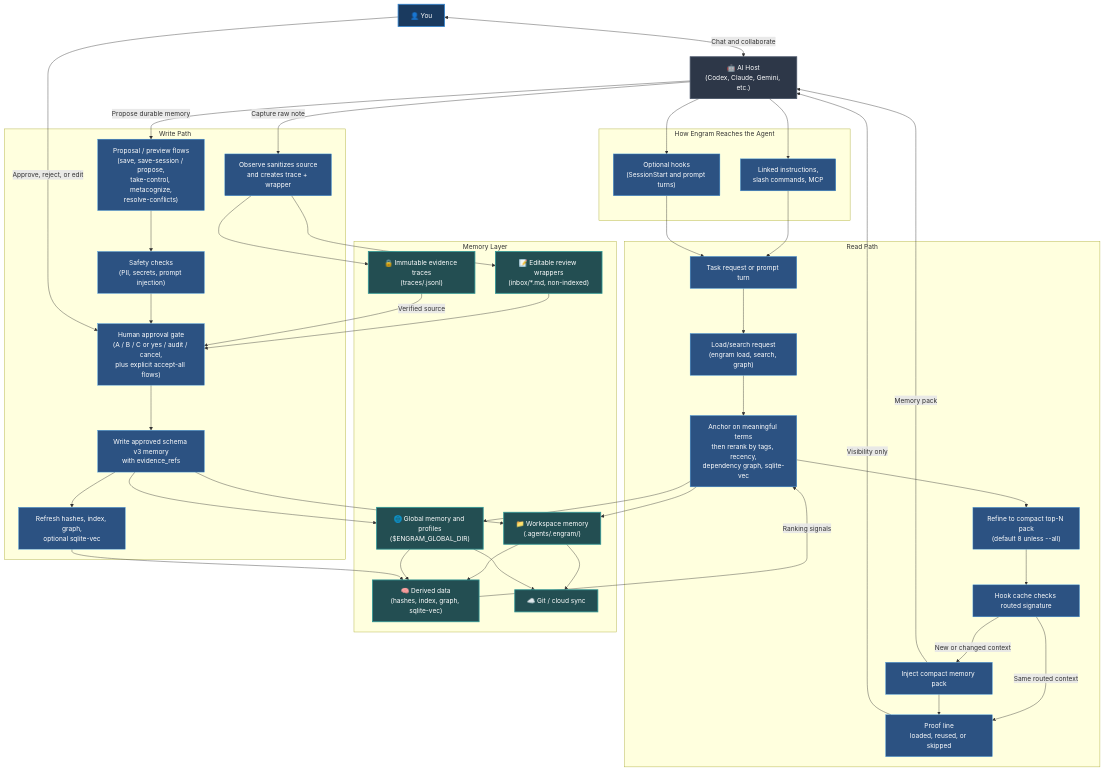
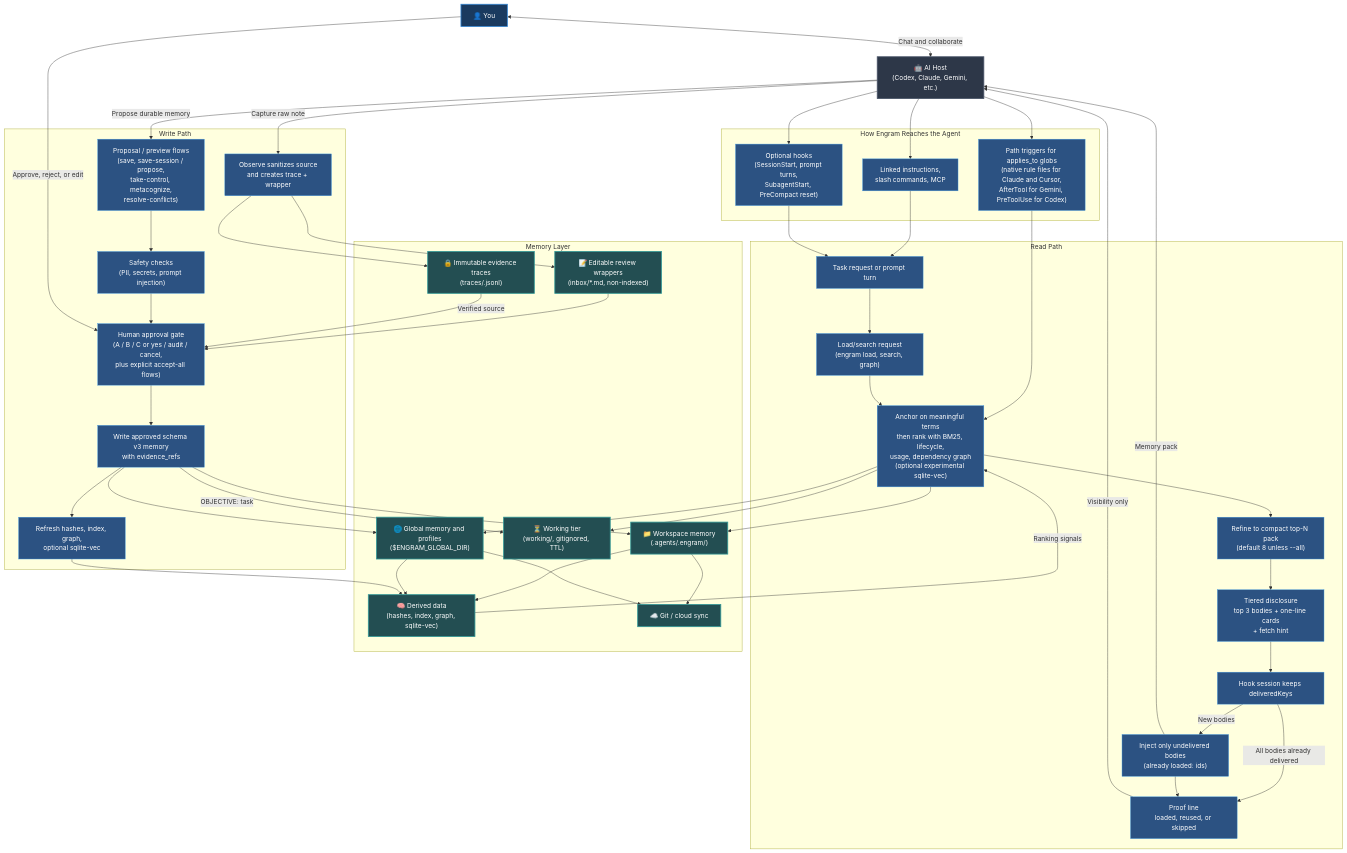
Before and after one commit to the-long-ride/engram: the first of 3 diagrams in README.md, drawn with Mermaid. The commit also changed other lines of this file and 11 other files, not shown here.

```diff
--- a/README.md
+++ b/README.md
@@ -64,16 +74,18 @@
 
     subgraph Entry ["How Engram Reaches the Agent"]
         Links["Linked instructions,\nslash commands, MCP"]:::action
-        Hooks["Optional hooks\n(SessionStart and prompt turns)"]:::action
+        Hooks["Optional hooks\n(SessionStart, prompt turns,\nSubagentStart, PreCompact reset)"]:::action
+        PreTool["Path triggers for applies_to globs\n(native rule files for Claude and Cursor,\nAfterTool for Gemini, PreToolUse for Codex)"]:::action
     end
 
     subgraph Read ["Read Path"]
         Trigger["Task request or prompt turn"]:::action
         Load["Load/search request\n(engram load, search, graph)"]:::action
-        Route["Anchor on meaningful terms\nthen rerank by tags, recency,\ndependency graph, sqlite-vec"]:::action
+        Route["Anchor on meaningful terms\nthen rank with BM25, lifecycle,\nusage, dependency graph\n(optional experimental sqlite-vec)"]:::action
         Refine["Refine to compact top-N pack\n(default 8 unless --all)"]:::action
-        Cache["Hook cache checks routed signature"]:::action
-        Inject["Inject compact memory pack"]:::action
+        Tier["Tiered disclosure\ntop 3 bodies + one-line cards\n+ fetch hint"]:::action
+        Cache["Hook session keeps deliveredKeys"]:::action
+        Inject["Inject only undelivered bodies\n(already loaded: ids)"]:::action
         Proof["Proof line\nloaded, reused, or skipped"]:::action
     end
 
@@ -88,6 +100,7 @@
 
     subgraph Memory ["Memory Layer"]
         Workspace["📁 Workspace memory\n(.agents/.engram/)"]:::storage
+        Working["⏳ Working tier\n(working/, gitignored, TTL)"]:::storage
         Global["🌐 Global memory and profiles\n($ENGRAM_GLOBAL_DIR)"]:::storage
         TraceStore["🔒 Immutable evidence traces\n(traces/<trace-id>.jsonl)"]:::storage
         Inbox["📝 Editable review wrappers\n(inbox/*.md, non-indexed)"]:::storage
@@ -98,19 +111,23 @@
     User <-->|Chat and collaborate| AI
     AI --> Links
     AI --> Hooks
+    AI --> PreTool
     Links --> Trigger
     Hooks --> Trigger
+    PreTool --> Route
     Trigger --> Load
     Load --> Route
     Route --> Workspace
+    Route --> Working
     Route --> Global
     Workspace --> Derived
     Global --> Derived
     Derived -->|Ranking signals| Route
     Route --> Refine
-    Refine --> Cache
-    Cache -->|New or changed context| Inject
-    Cache -->|Same routed context| Proof
+    Refine --> Tier
+    Tier --> Cache
+    Cache -->|New bodies| Inject
+    Cache -->|All bodies already delivered| Proof
     Inject -->|Memory pack| AI
     Inject --> Proof
     Proof -->|Visibility only| AI
@@ -125,6 +142,7 @@
     Inbox --> Review
     TraceStore -->|Verified source| Review
     Persist --> Workspace
+    Persist -->|OBJECTIVE: task| Working
     Persist --> Global
     Persist --> Rebuild
     Rebuild --> Derived
```
